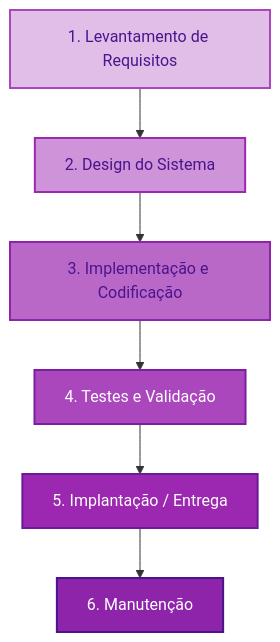
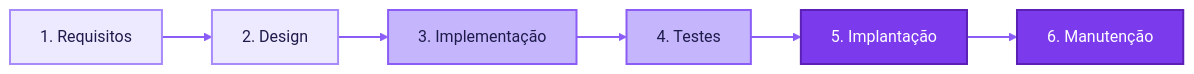
Before and after one commit to vdufloth/vdufloth.com: the first of 2 diagrams in content/blog/management/tech-teams-management.pt.md, drawn with Mermaid. The commit also changed other lines of this file and 2 other files, not shown here.

First line of the commit message:
Extend Plex serif design system to articles and pages

````diff
--- a/content/blog/management/tech-teams-management.pt.md
+++ b/content/blog/management/tech-teams-management.pt.md
@@ -53,25 +53,10 @@
 ```mermaid
-graph TD
-    %% Definição de estilos com gradiente de roxo
-    classDef lila1 fill:#e1bee7,stroke:#ab47bc,stroke-width:2px,color:#4a148c
-    classDef lila2 fill:#ce93d8,stroke:#9c27b0,stroke-width:2px,color:#4a148c
-    classDef lila3 fill:#ba68c8,stroke:#8e24aa,stroke-width:2px,color:#4a148c
-    classDef lila4 fill:#ab47bc,stroke:#7b1fa2,stroke-width:2px,color:#ffffff
-    classDef lila5 fill:#9c27b0,stroke:#6a1b9a,stroke-width:2px,color:#ffffff
-    classDef lila6 fill:#8e24aa,stroke:#4a148c,stroke-width:2px,color:#ffffff
+flowchart LR
+    A[1. Requisitos]:::early ==> B[2. Design]:::early ==> C[3. Implementação]:::mid ==> D[4. Testes]:::mid ==> E[5. Implantação]:::late ==> F[6. Manutenção]:::late
 
-    %% Nós
-    Req[1. Levantamento de Requisitos]:::lila1
-    Des[2. Design do Sistema]:::lila2
-    Imp[3. Implementação e Codificação]:::lila3
-    Test[4. Testes e Validação]:::lila4
-    Dep[5. Implantação / Entrega]:::lila5
-    Man[6. Manutenção]:::lila6
+    classDef early fill:#ede9fe,stroke:#a78bfa,stroke-width:2px,color:#1e1b4b
+    classDef mid fill:#c4b5fd,stroke:#8b5cf6,stroke-width:2px,color:#1e1b4b
+    classDef late fill:#7c3aed,stroke:#5b21b6,stroke-width:2px,color:#ffffff
 
-    %% Fluxo Sequencial
-    Req --> Des
-    Des --> Imp
-    Imp --> Test
-    Test --> Dep
-    Dep --> Man
+    linkStyle default stroke:#8b5cf6,stroke-width:2px
 ```
````
